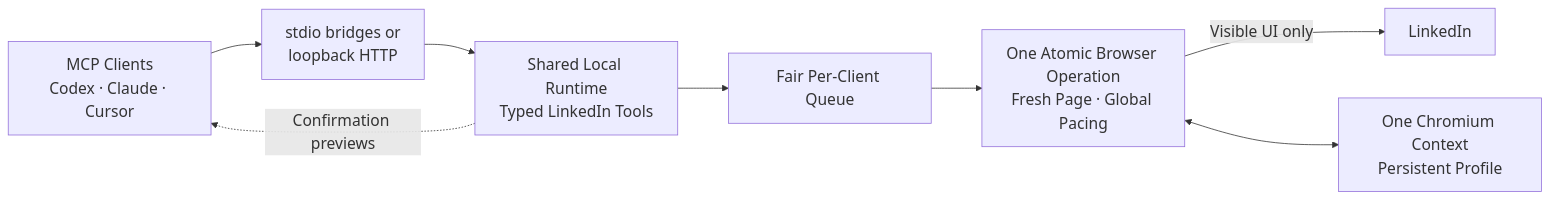
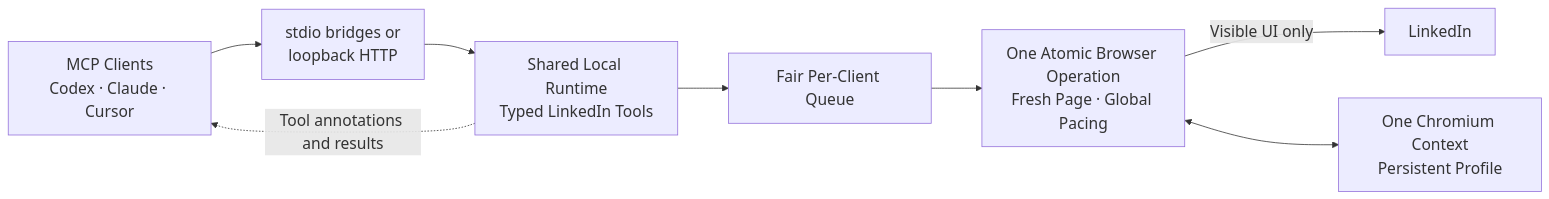
The diagram in README.md (prakharagarwal-dev/linkedin-mcp-server), drawn with Mermaid before and after one commit. The commit also changed other lines of this file and 103 other files, not shown here.

````diff
--- a/README.md
+++ b/README.md
@@ -416,11 +394,11 @@
 ```mermaid
 %%{init: {"flowchart": {"nodeSpacing": 55, "rankSpacing": 65}, "themeVariables": {"fontSize": "20px"}}}%%
 flowchart LR
     A["MCP Clients<br/>Codex · Claude · Cursor"] --> B["stdio bridges or<br/>loopback HTTP"]
     B --> C["Shared Local Runtime<br/>Typed LinkedIn Tools"]
     C --> D["Fair Per-Client Queue"]
     D --> E["One Atomic Browser Operation<br/>Fresh Page · Global Pacing"]
     E -->|"Visible UI only"| F["LinkedIn"]
     E <--> G["One Chromium Context<br/>Persistent Profile"]
-    C -. "Confirmation previews" .-> A
+    C -. "Tool annotations and results" .-> A
 ```
````
